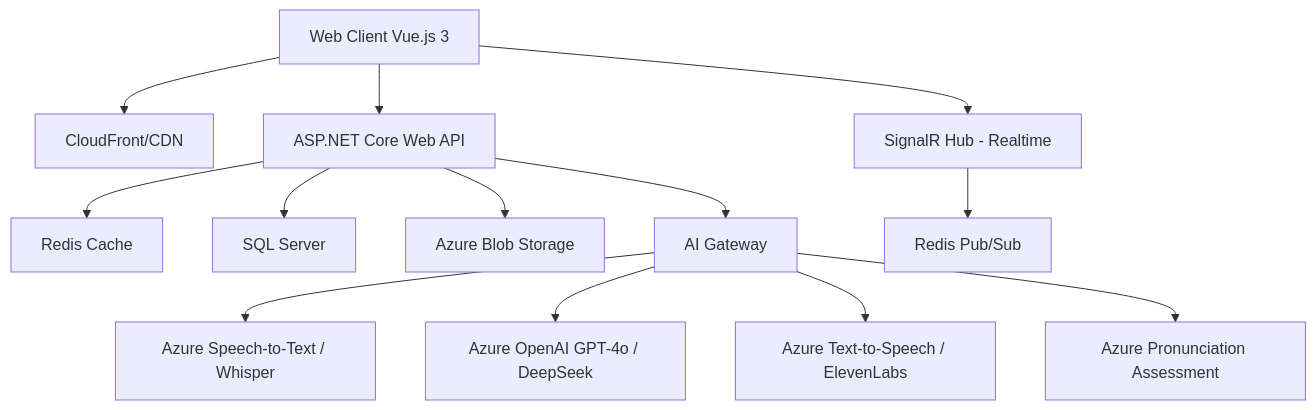
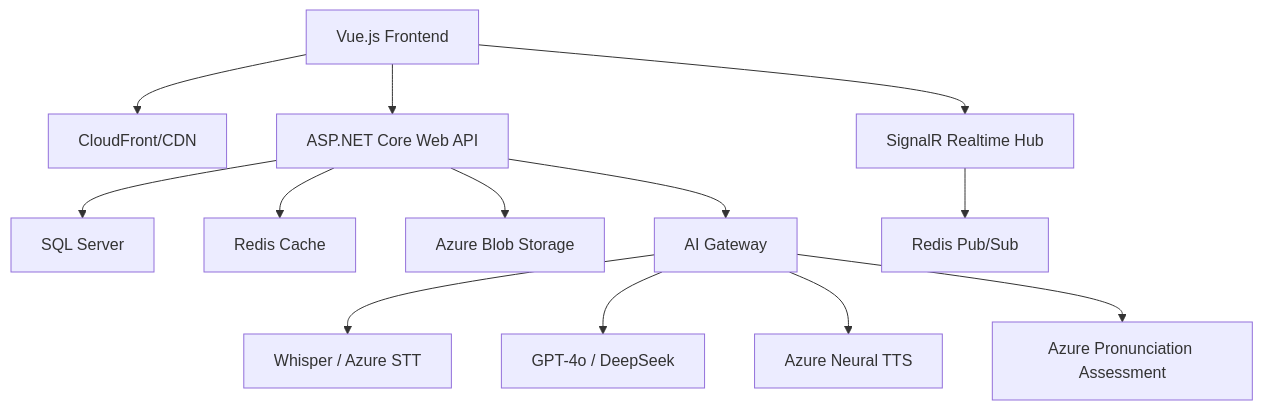
Before and after one commit to NgoNguyenThuHuong/DoAnMonHoc_LapTrinhWeb_404Team: the first of 3 diagrams in README.md, drawn with Mermaid. The commit also changed other lines of this file, not shown here.

````diff
--- a/README.md
+++ b/README.md
@@ -9,18 +69,19 @@
 ```mermaid
 graph TD
-    Client[Web Client Vue.js 3] --> CDN[CloudFront/CDN]
-    Client --> SignalR[SignalR Hub - Realtime]
+    Client[Vue.js Frontend] --> CDN[CloudFront/CDN]
+    Client --> SignalR[SignalR Realtime Hub]
     Client --> API[ASP.NET Core Web API]
-    
+
+    API --> SQL[SQL Server]
     API --> Redis[Redis Cache]
-    API --> SQL[SQL Server]
-    API --> Azure[Azure Blob Storage]
-    
-    API --> AI_GW[AI Gateway]
-    AI_GW --> STT[Azure Speech-to-Text / Whisper]
-    AI_GW --> LLM[Azure OpenAI GPT-4o / DeepSeek]
-    AI_GW --> TTS[Azure Text-to-Speech / ElevenLabs]
-    AI_GW --> PRON[Azure Pronunciation Assessment]
-    
-    SignalR --> Redis_Pub[Redis Pub/Sub]
+    API --> Blob[Azure Blob Storage]
+
+    API --> AI_Gateway[AI Gateway]
+
+    AI_Gateway --> STT[Whisper / Azure STT]
+    AI_Gateway --> GPT[GPT-4o / DeepSeek]
+    AI_Gateway --> TTS[Azure Neural TTS]
+    AI_Gateway --> Pronunciation[Azure Pronunciation Assessment]
+
+    SignalR --> RedisPub[Redis Pub/Sub]
 ```
````
